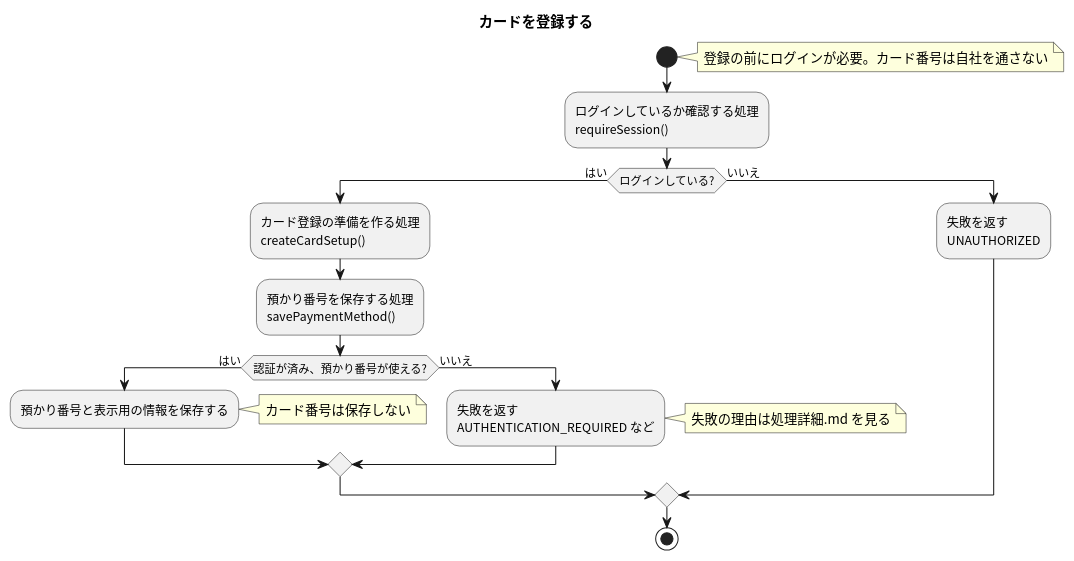
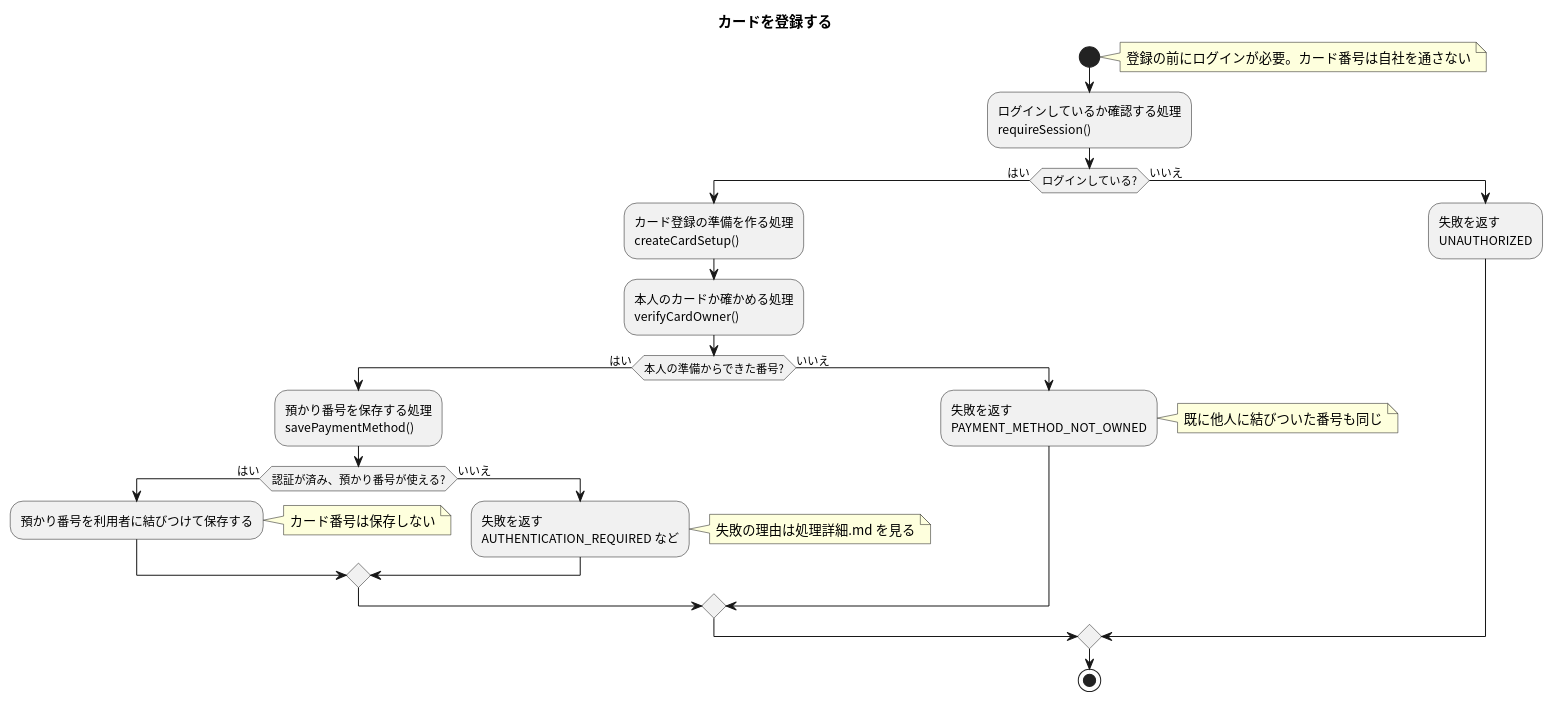
One commit to masamasamasato/design-doc-template changed the diagram in apis/register-card/flow.puml. Above: the diagram before and after it, drawn with PlantUML. The commit also changed 57 other files, not shown here.

```diff
--- a/apis/register-card/flow.puml
+++ b/apis/register-card/flow.puml
@@ -3,25 +3,31 @@
 @startuml
 skinparam shadowing false
 skinparam defaultFontName "Noto Sans CJK JP"
 skinparam ActivityFontName "Noto Sans CJK JP"
 
 title カードを登録する
 
 start
 note right: 登録の前にログインが必要。カード番号は自社を通さない
 :ログインしているか確認する処理\nrequireSession();
 if (ログインしている?) then (はい)
   :カード登録の準備を作る処理\ncreateCardSetup();
-  :預かり番号を保存する処理\nsavePaymentMethod();
-  if (認証が済み、預かり番号が使える?) then (はい)
-    :預かり番号と表示用の情報を保存する;
-    note right: カード番号は保存しない
+  :本人のカードか確かめる処理\nverifyCardOwner();
+  if (本人の準備からできた番号?) then (はい)
+    :預かり番号を保存する処理\nsavePaymentMethod();
+    if (認証が済み、預かり番号が使える?) then (はい)
+      :預かり番号を利用者に結びつけて保存する;
+      note right: カード番号は保存しない
+    else (いいえ)
+      :失敗を返す\nAUTHENTICATION_REQUIRED など;
+      note right: 失敗の理由は処理詳細.md を見る
+    endif
   else (いいえ)
-    :失敗を返す\nAUTHENTICATION_REQUIRED など;
-    note right: 失敗の理由は処理詳細.md を見る
+    :失敗を返す\nPAYMENT_METHOD_NOT_OWNED;
+    note right: 既に他人に結びついた番号も同じ
   endif
 else (いいえ)
   :失敗を返す\nUNAUTHORIZED;
 endif
 stop
 @enduml
```
